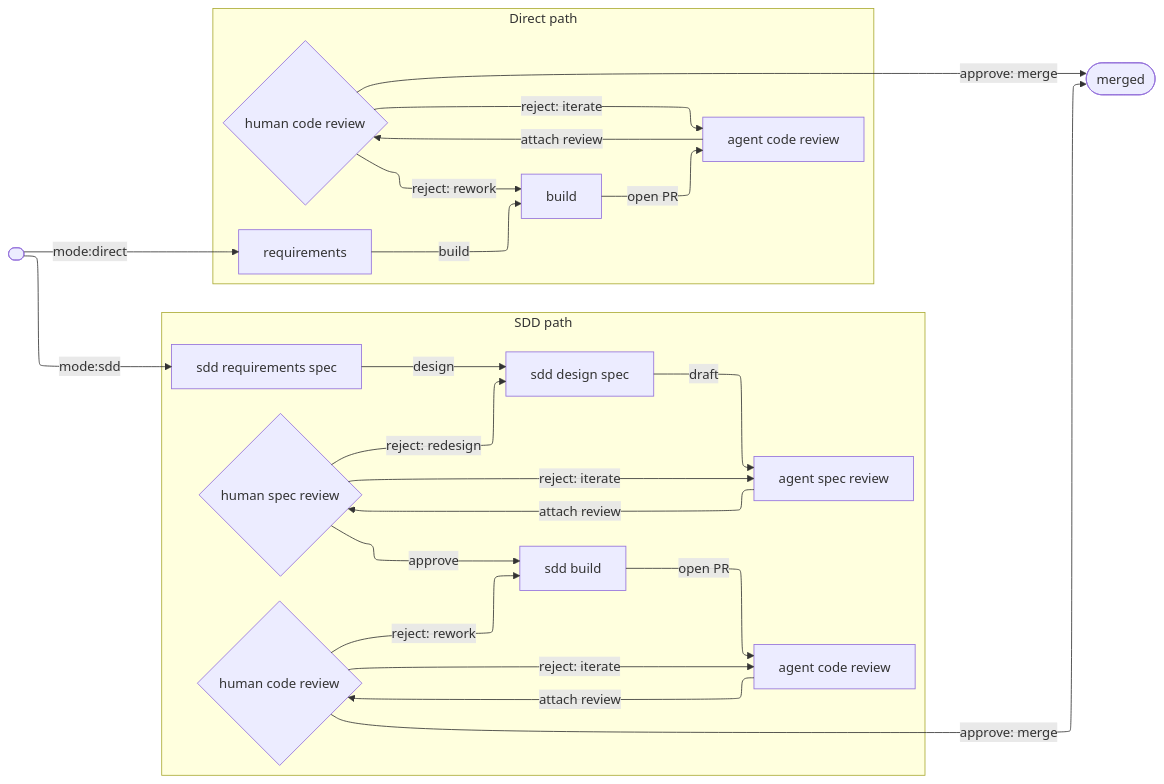
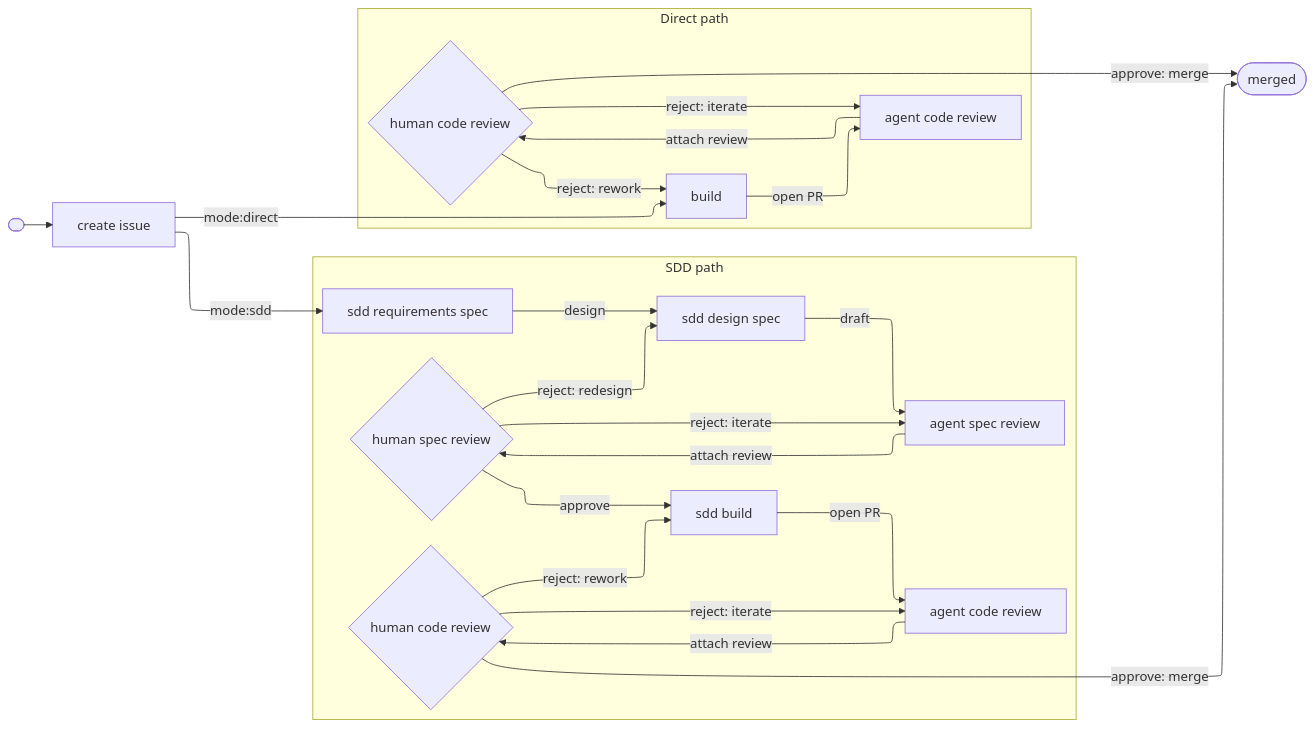
The diagram in workflow/workflow.md (GeoffNordling/dev-playbook), drawn with Mermaid before and after one commit. The commit also changed other lines of this file, not shown here.

First line of the commit message:
workflow: add create_issue node and restructure graph section

````diff
--- a/workflow/workflow.md
+++ b/workflow/workflow.md
@@ -43,30 +45,30 @@
 ```mermaid
 %%{init: {'flowchart': {'defaultRenderer': 'elk'}}}%%
 flowchart LR
-    start([ ]) -->|mode:sdd| sdd_requirements[sdd requirements spec]
-    start -->|mode:direct| requirements[requirements]
+    start([ ]) --> create_issue[create issue]
+    create_issue -->|mode:sdd| sdd_requirements[sdd requirements spec]
+    create_issue -->|mode:direct| build[build]
 
     subgraph sdd[SDD path]
         sdd_requirements -->|design| sdd_design[sdd design spec]
         sdd_design -->|draft| sdd_agent_spec[agent spec review]
         sdd_agent_spec -->|attach review| sdd_human_spec{human spec review}
         sdd_human_spec -->|reject: iterate| sdd_agent_spec
         sdd_human_spec -->|reject: redesign| sdd_design
         sdd_human_spec -->|approve| sdd_build[sdd build]
         sdd_build -->|open PR| sdd_agent_code[agent code review]
         sdd_agent_code -->|attach review| sdd_human_code{human code review}
         sdd_human_code -->|reject: iterate| sdd_agent_code
         sdd_human_code -->|reject: rework| sdd_build
     end
 
     subgraph direct[Direct path]
-        requirements -->|build| build[build]
         build -->|open PR| agent_code[agent code review]
         agent_code -->|attach review| human_code{human code review}
         human_code -->|reject: iterate| agent_code
         human_code -->|reject: rework| build
     end
 
     sdd_human_code -->|approve: merge| done([merged])
     human_code -->|approve: merge| done
 ```
````
